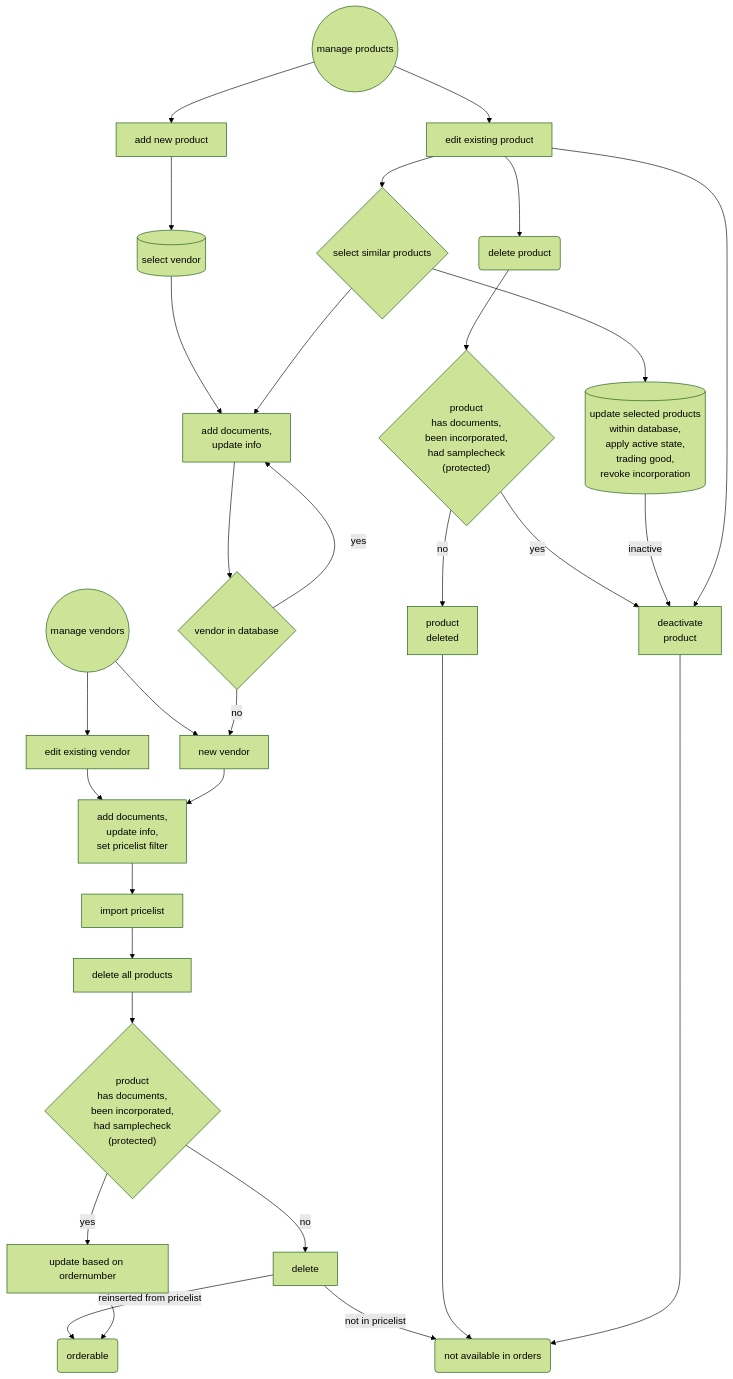
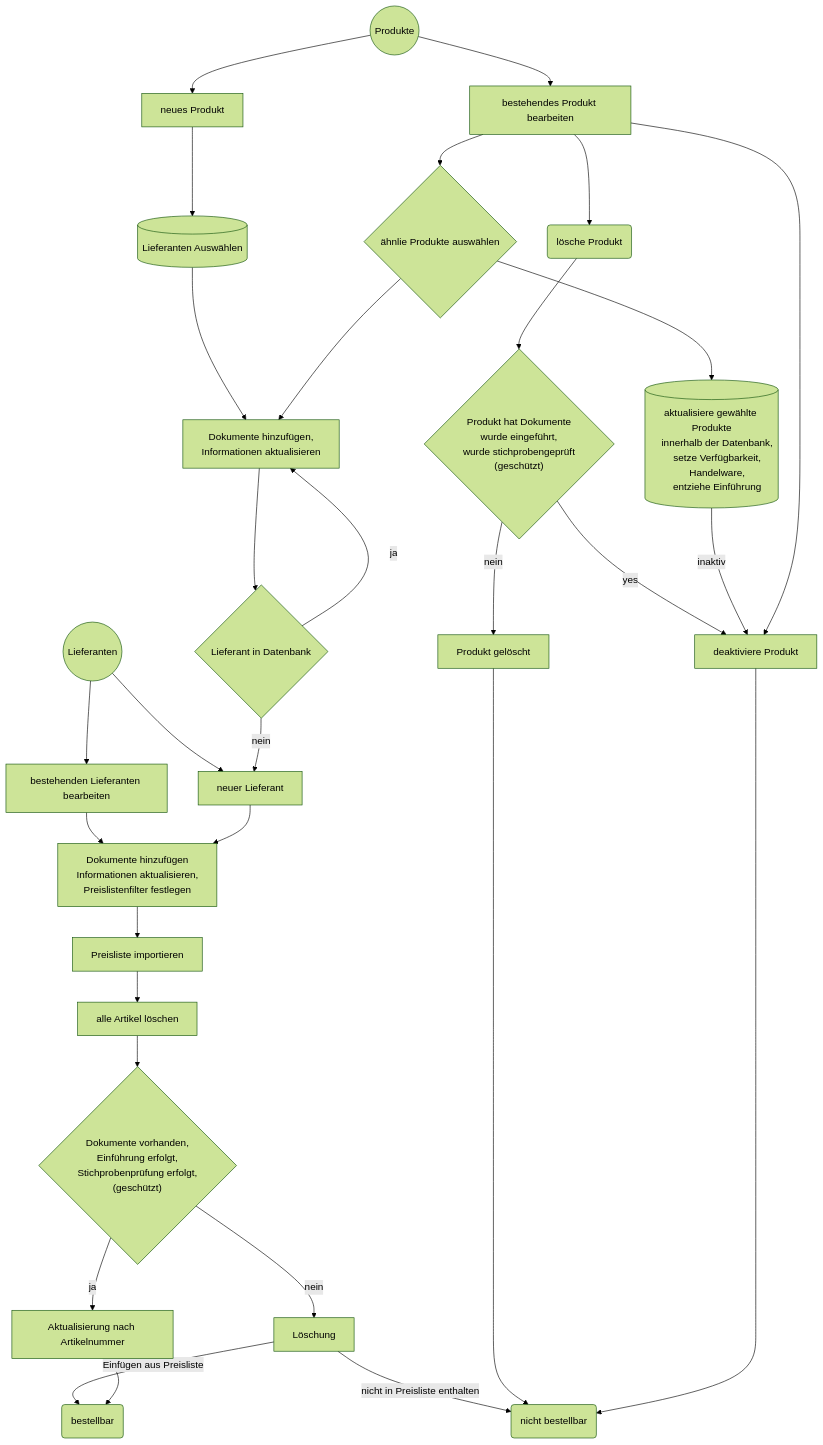
The sixth of 7 diagrams in readme.de.md (erroronline1/caro), drawn with Mermaid (forest theme) before and after one commit. The commit also changed other lines of this file, not shown here.

````diff
--- a/readme.de.md
+++ b/readme.de.md
@@ -637,53 +638,49 @@
 ```mermaid
 graph TD;
-    manage_vendors((manage vendors))-->edit_vendor[edit existing vendor];
-    manage_vendors-->new_vendor[new vendor];
-    edit_vendor-->add_vinfo["add documents,
-    update info,
-    set pricelist filter"];
+    manage_vendors((Lieferanten))-->edit_vendor[bestehenden Lieferanten bearbeiten];
+    manage_vendors-->new_vendor[neuer Lieferant];
+    edit_vendor-->add_vinfo["Dokumente hinzufügen
+    Informationen aktualisieren,
+    Preislistenfilter festlegen"];
     new_vendor-->add_vinfo;
-    add_vinfo-->import_pricelist[import pricelist];
-    import_pricelist-->delete_all_products[delete all products];
-    delete_all_products-->has_docs2{"product
-    has documents,
-    been incorporated,
-    had samplecheck
-    (protected)"};
-    has_docs2-->|yes|update[update based on ordernumber];
-    has_docs2-->|no|delete[delete];
-    delete-->|reinserted from pricelist|orderable(orderable);
-    delete-->|not in pricelist|inorderable(not available in orders)
+    add_vinfo-->import_pricelist[Preisliste importieren];
+    import_pricelist-->delete_all_products[alle Artikel löschen];
+    delete_all_products-->has_docs2{"Dokumente vorhanden,
+    Einführung erfolgt,
+    Stichprobenprüfung erfolgt,
+    (geschützt)"};
+    has_docs2-->|ja|update[Aktualisierung nach Artikelnummer];
+    has_docs2-->|nein|delete[Löschung];
+    delete-->|Einfügen aus Preisliste|orderable(bestellbar);
+    delete-->|nicht in Preisliste enthalten|inorderable(nicht bestellbar)
     update-->orderable;
 
-    manage_products((manage products))-->edit_product[edit existing product];
-    manage_products-->add_product[add new product];
-    add_product-->select_vendor[(select vendor)];
-    select_vendor-->add_pinfo["Add documents,
-    update info"];
+    manage_products((Produkte))-->edit_product[bestehendes Produkt bearbeiten];
+    manage_products-->add_product[neues Produkt];
+    add_product-->select_vendor[(Lieferanten Auswählen)];
+    select_vendor-->add_pinfo["Dokumente hinzufügen,
+    Information aktualiseren"];
     add_pinfo-->known_vendor;
 
-    edit_product-->similar{select similar products};
-    similar-->add_pinfo["add documents,
-    update info"];
-    similar-->database[("update selected products
-    within database,
-    apply active state,
-    trading good,
-    revoke incorporation")];
-    known_vendor{vendor in database}-->|yes|add_pinfo;
-    known_vendor-->|no|new_vendor
-    edit_product-->delete_product(delete product);
-    delete_product-->has_docs{"product
-    has documents,
-    been incorporated,
-    had samplecheck
-    (protected)"};
-    has_docs-->|no|product_deleted["product
-    deleted"];
-    has_docs-->|yes|product_inactive["deactivate
-    product"];
-    database-->|inactive|product_inactive
+    edit_product-->similar{ähnlie Produkte auswählen};
+    similar-->add_pinfo["Dokumente hinzufügen,
+    Informationen aktualisieren"];
+    similar-->database[("aktualisiere gewählte Produkte
+    innerhalb der Datenbank,
+    setze Verfügbarkeit,
+    Handelware,
+    entziehe Einführung")];
+    known_vendor{Lieferant in Datenbank}-->|ja|add_pinfo;
+    known_vendor-->|nein|new_vendor
+    edit_product-->delete_product(lösche Produkt);
+    delete_product-->has_docs{"Produkt hat Dokumente
+    wurde eingeführt,
+    wurde stichprobengeprüft
+    (geschützt)"};
+    has_docs-->|nein|product_deleted["Produkt gelöscht"];
+    has_docs-->|yes|product_inactive["deaktiviere Produkt"];
+    database-->|inaktiv|product_inactive
     product_deleted-->inorderable;
     product_inactive-->inorderable;
     edit_product-->product_inactive;
 ```
````
